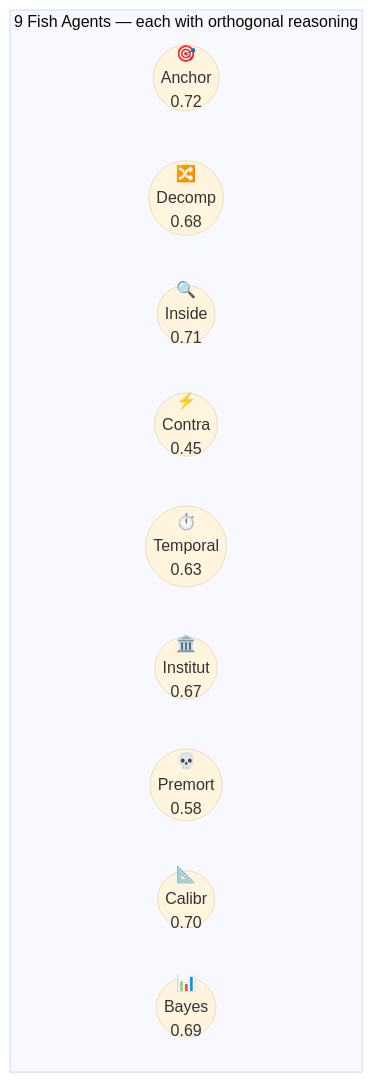
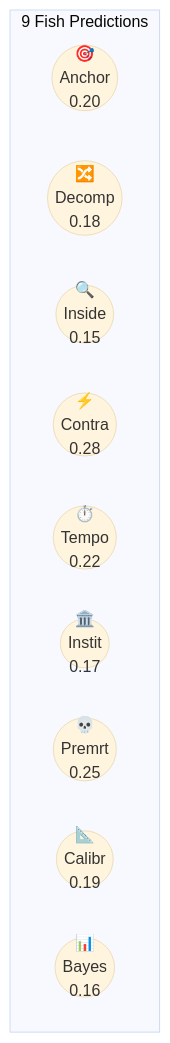
Before and after one commit to ksk5429/quant: the second of 4 diagrams in README.md, drawn with Mermaid (base theme). The commit also changed other lines of this file, not shown here.

````diff
--- a/README.md
+++ b/README.md
@@ -95,15 +95,15 @@
 ```mermaid
 graph LR
-    subgraph SWARM [" 9 Fish Agents — each with orthogonal reasoning "]
+    subgraph FISH [" 9 Fish Predictions "]
         direction LR
-        F1(("🎯<br/>Anchor<br/>0.72"))
-        F2(("🔀<br/>Decomp<br/>0.68"))
-        F3(("🔍<br/>Inside<br/>0.71"))
-        F4(("⚡<br/>Contra<br/>0.45"))
-        F5(("⏱️<br/>Temporal<br/>0.63"))
-        F6(("🏛️<br/>Institut<br/>0.67"))
-        F7(("💀<br/>Premort<br/>0.58"))
-        F8(("📐<br/>Calibr<br/>0.70"))
-        F9(("📊<br/>Bayes<br/>0.69"))
+        F1(("🎯<br/>Anchor<br/>0.20"))
+        F2(("🔀<br/>Decomp<br/>0.18"))
+        F3(("🔍<br/>Inside<br/>0.15"))
+        F4(("⚡<br/>Contra<br/>0.28"))
+        F5(("⏱️<br/>Tempo<br/>0.22"))
+        F6(("🏛️<br/>Instit<br/>0.17"))
+        F7(("💀<br/>Premrt<br/>0.25"))
+        F8(("📐<br/>Calibr<br/>0.19"))
+        F9(("📊<br/>Bayes<br/>0.16"))
     end
 ```
````
